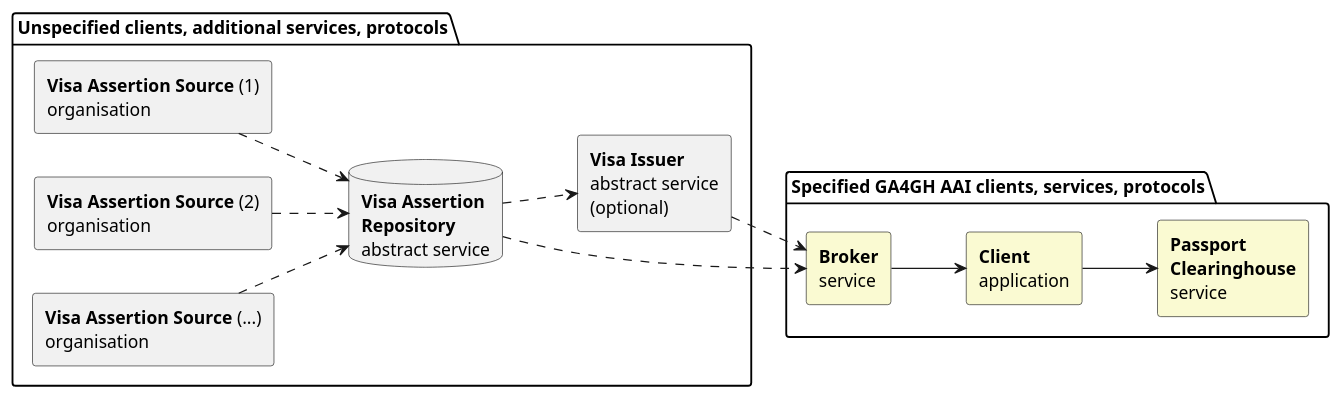
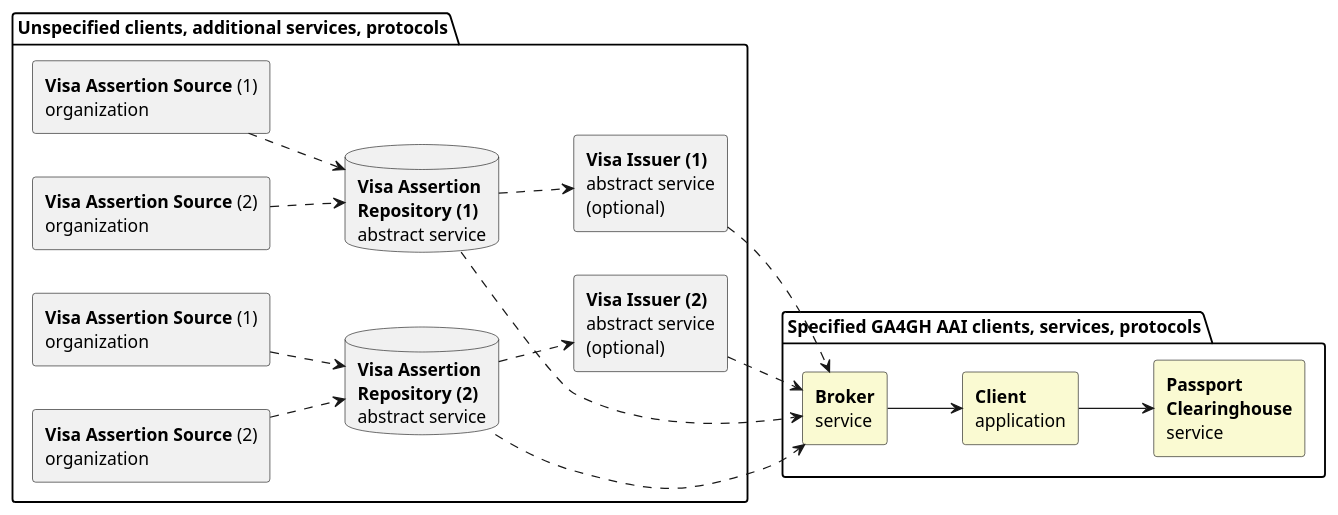
Before and after one commit to ga4gh/data-security: the second of 4 diagrams in AAI/AAIConnectProfile.md, drawn with PlantUML. The commit also changed other lines of this file, not shown here.

```diff
--- a/AAI/AAIConnectProfile.md
+++ b/AAI/AAIConnectProfile.md
@@ -336,31 +336,40 @@
 @startuml
 skinparam componentStyle rectangle
 left to right direction
 
 package "Unspecified clients, additional services, protocols" {
-component "<b>Visa Assertion Source</b> (1)\norganisation" as VisaSource1
-component "<b>Visa Assertion Source</b> (2)\norganisation" as VisaSource2
-component "<b>Visa Assertion Source</b> (...)\norganisation" as VisaSourceN
+component "<b>Visa Assertion Source</b> (1)\norganization" as VisaSource11
+component "<b>Visa Assertion Source</b> (2)\norganization" as VisaSource12
+component "<b>Visa Assertion Source</b> (1)\norganization" as VisaSource21
+component "<b>Visa Assertion Source</b> (2)\norganization" as VisaSource22
 
-database "<b>Visa Assertion</b>\n<b>Repository</b>\nabstract service" as VisaRepository
-component "<b>Visa Issuer</b>\nabstract service\n(optional)" as VisaIssuer
+database "<b>Visa Assertion</b>\n<b>Repository (1)</b>\nabstract service" as VisaRepository1
+component "<b>Visa Issuer (1)</b>\nabstract service\n(optional)" as VisaIssuer1
+
+database "<b>Visa Assertion</b>\n<b>Repository (2)</b>\nabstract service" as VisaRepository2
+component "<b>Visa Issuer (2)</b>\nabstract service\n(optional)" as VisaIssuer2
 }
 
 package "Specified GA4GH AAI clients, services, protocols" {
 component "<b>Broker</b>\nservice" as Broker #FAFAD2
 component "<b>Client</b>\napplication" as Client #FAFAD2
 component "<b>Passport</b>\n<b>Clearinghouse</b>\nservice" as ClearingHouse #FAFAD2
 }
 
-VisaSource1 ..> VisaRepository 
-VisaSource2 ..> VisaRepository 
-VisaSourceN ..> VisaRepository 
-VisaRepository ..> VisaIssuer 
+VisaSource11 ..> VisaRepository1
+VisaSource12 ..> VisaRepository1
+VisaRepository1 ..> VisaIssuer1
+
+VisaSource21 ..> VisaRepository2
+VisaSource22 ..> VisaRepository2
+VisaRepository2 ..> VisaIssuer2
 
 
-VisaRepository ..> Broker 
-VisaIssuer ..> Broker 
+VisaRepository1 ..> Broker 
+VisaIssuer1 ..> Broker 
+VisaRepository2 ..> Broker 
+VisaIssuer2 ..> Broker 
 Broker --> Client 
 Client --> ClearingHouse
 
 @enduml
```
